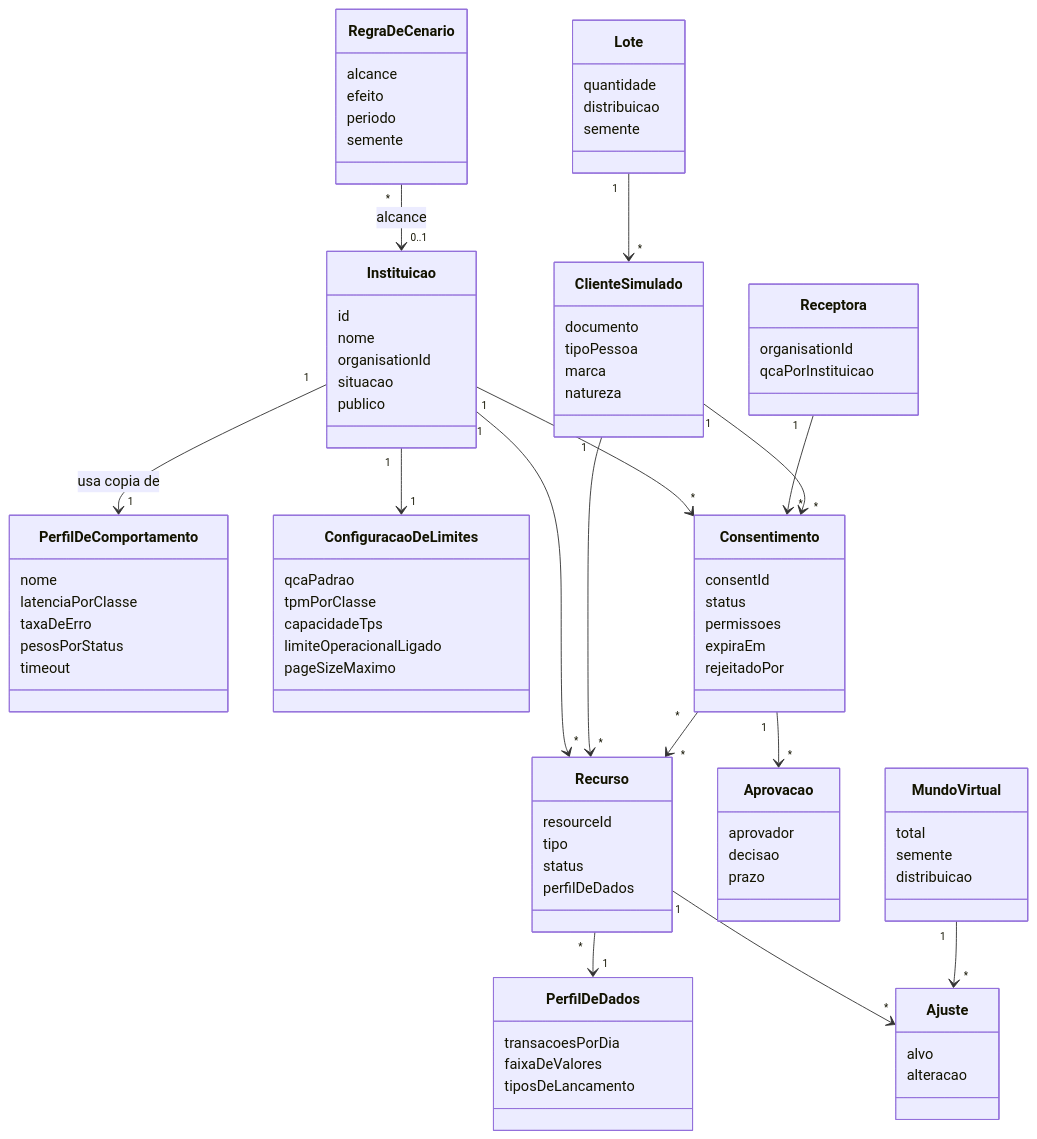
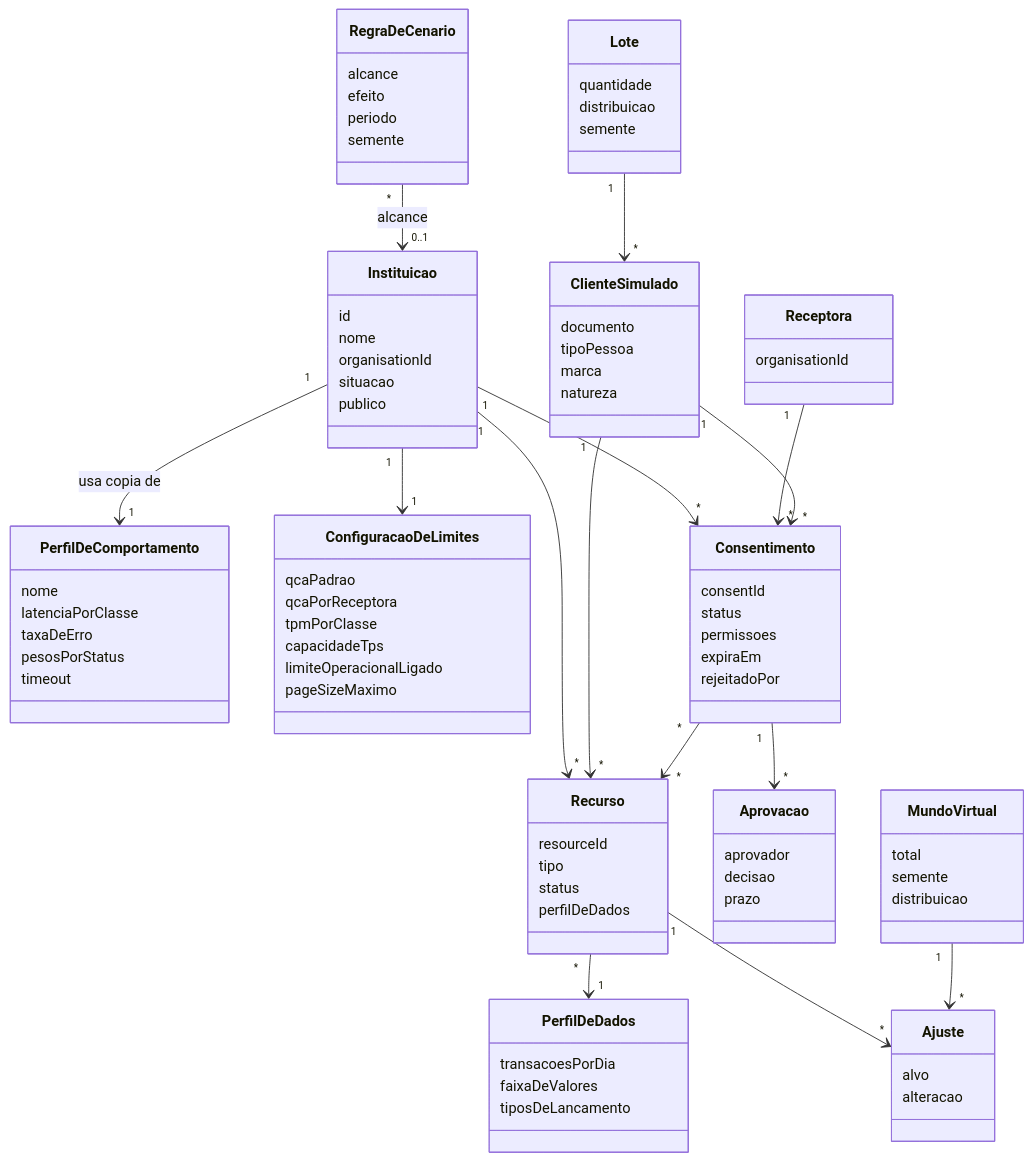
One commit to marcelosotto/open-finance-simulator changed the first of 3 diagrams in docs/03-design/classes/modelo-de-dominio.md. Above: the diagram before and after it, drawn with Mermaid. The commit also changed 8 other files, not shown here.

```diff
--- a/docs/03-design/classes/modelo-de-dominio.md
+++ b/docs/03-design/classes/modelo-de-dominio.md
@@ -20,6 +20,7 @@
   }
   class ConfiguracaoDeLimites {
     qcaPadrao
+    qcaPorReceptora
     tpmPorClasse
     capacidadeTps
     limiteOperacionalLigado
@@ -27,7 +28,6 @@
   }
   class Receptora {
     organisationId
-    qcaPorInstituicao
   }
   class ClienteSimulado {
     documento
```
